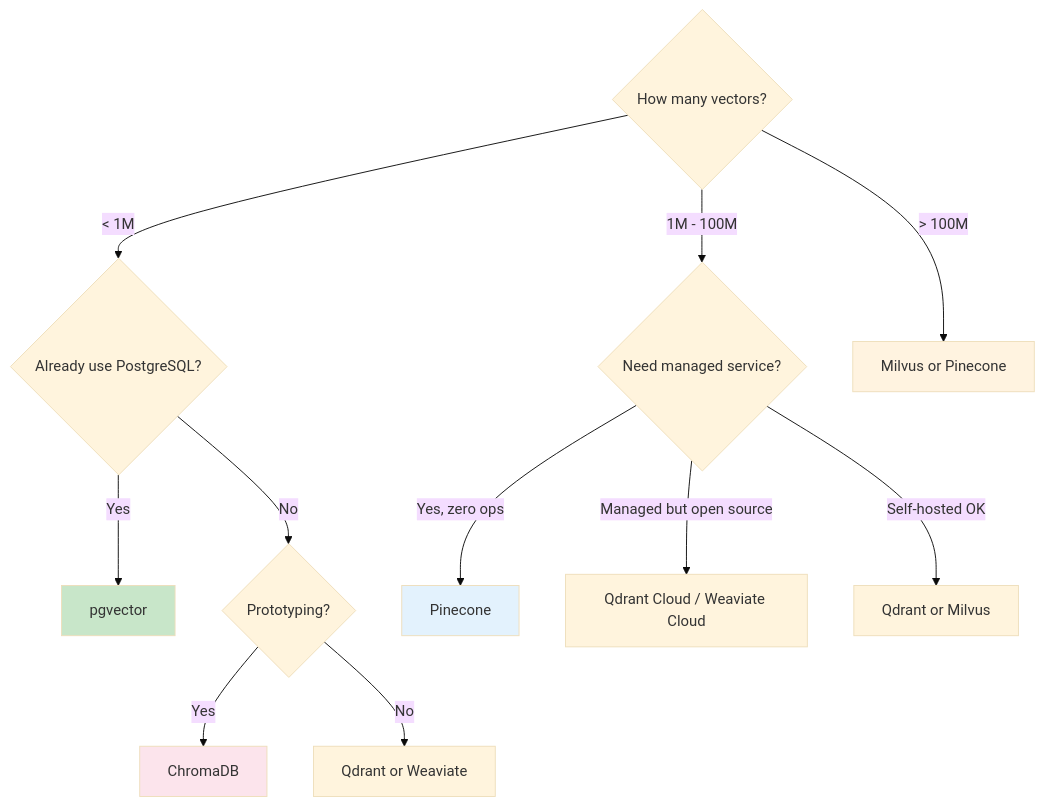
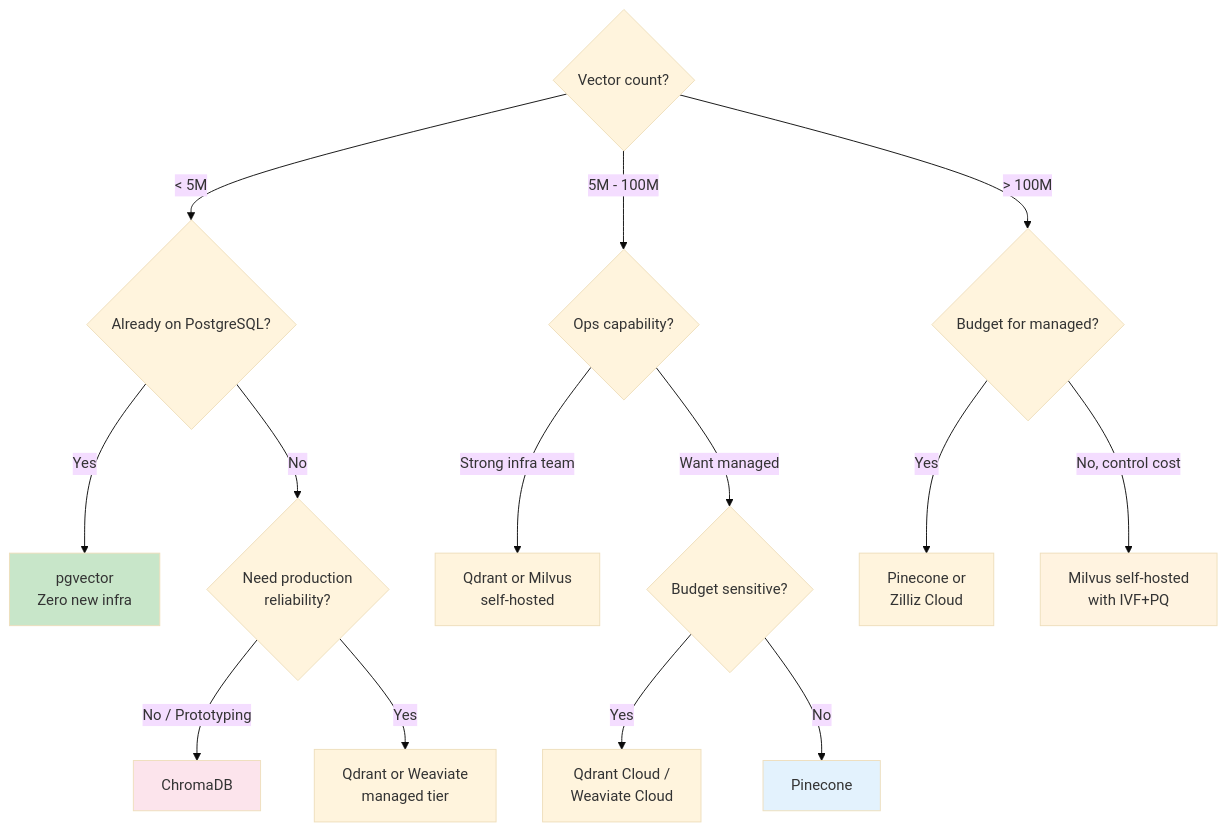
One commit to harsh786/System-Design changed the second of 2 diagrams in AI-Learning-Claude/04-vector-databases/02-vector-database-fundamentals.md. Above: the diagram before and after it, drawn with Mermaid (base theme). The commit also changed other lines of this file and 119 other files, not shown here.

````diff
--- a/AI-Learning-Claude/04-vector-databases/02-vector-database-fundamentals.md
+++ b/AI-Learning-Claude/04-vector-databases/02-vector-database-fundamentals.md
@@ -83,20 +520,24 @@
 ```mermaid
 graph TD
-    A{How many vectors?} -->|< 1M| B{Already use PostgreSQL?}
-    A -->|1M - 100M| C{Need managed service?}
-    A -->|> 100M| D[Milvus or Pinecone]
-    
-    B -->|Yes| E[pgvector]
-    B -->|No| F{Prototyping?}
-    F -->|Yes| G[ChromaDB]
-    F -->|No| H[Qdrant or Weaviate]
-    
-    C -->|Yes, zero ops| I[Pinecone]
-    C -->|Managed but open source| J[Qdrant Cloud / Weaviate Cloud]
-    C -->|Self-hosted OK| K[Qdrant or Milvus]
-    
+    A{Vector count?} -->|"< 5M"| B{Already on PostgreSQL?}
+    A -->|"5M - 100M"| C{Ops capability?}
+    A -->|"> 100M"| D{Budget for managed?}
+
+    B -->|Yes| E[pgvector<br/>Zero new infra]
+    B -->|No| F{Need production<br/>reliability?}
+    F -->|No / Prototyping| G[ChromaDB]
+    F -->|Yes| H[Qdrant or Weaviate<br/>managed tier]
+
+    C -->|"Strong infra team"| I[Qdrant or Milvus<br/>self-hosted]
+    C -->|"Want managed"| J{Budget sensitive?}
+    J -->|Yes| K[Qdrant Cloud /<br/>Weaviate Cloud]
+    J -->|No| L[Pinecone]
+
+    D -->|Yes| M[Pinecone or<br/>Zilliz Cloud]
+    D -->|"No, control cost"| N[Milvus self-hosted<br/>with IVF+PQ]
+
     style E fill:#c8e6c9
     style G fill:#fce4ec
-    style I fill:#e3f2fd
-    style D fill:#fff3e0
+    style L fill:#e3f2fd
+    style N fill:#fff3e0
 ```
````
